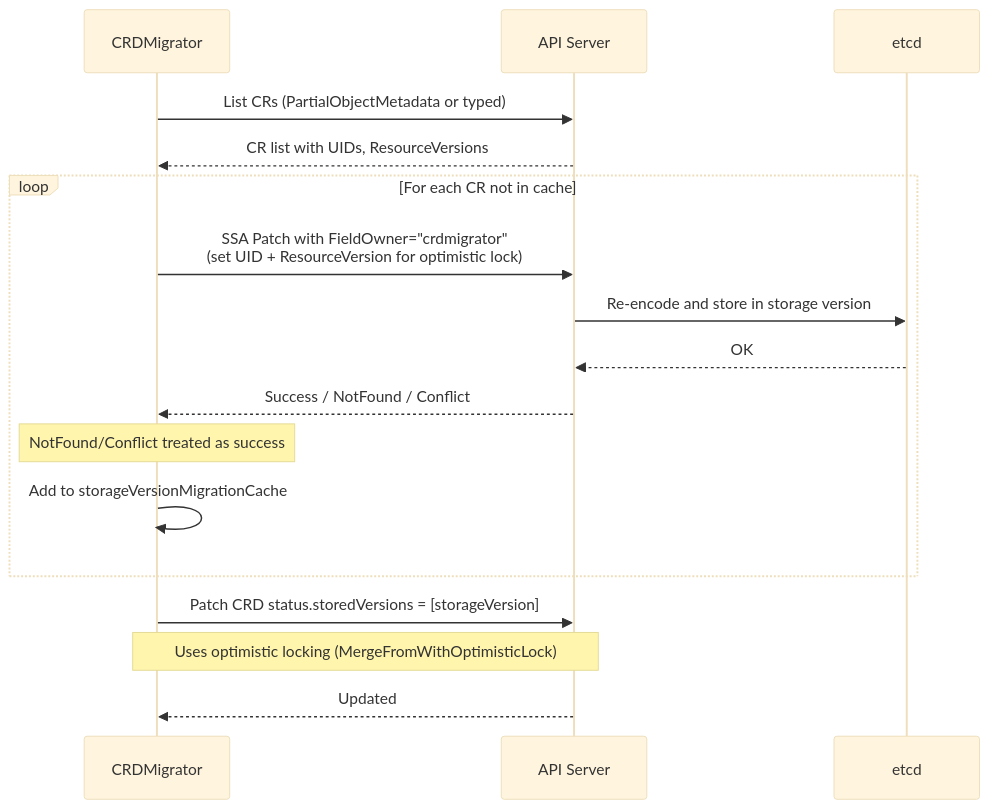
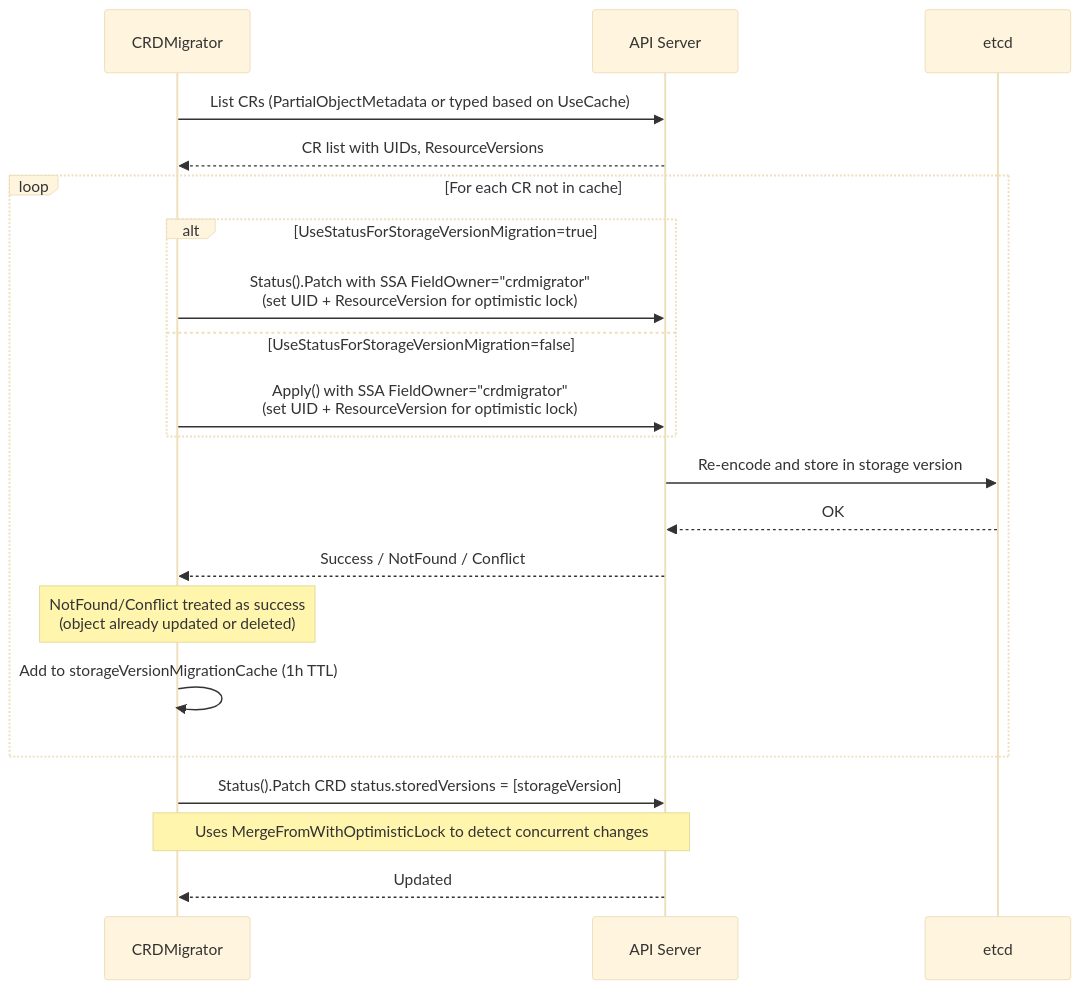
Before and after one commit to seanyen/cluster-api: the second of 5 diagrams in ai-gen/controllers/crdmigrator-controller.md, drawn with Mermaid (base theme). The commit also changed other lines of this file and 5 other files, not shown here.

````diff
--- a/ai-gen/controllers/crdmigrator-controller.md
+++ b/ai-gen/controllers/crdmigrator-controller.md
@@ -71,22 +77,26 @@
 ```mermaid
 sequenceDiagram
     participant Controller as CRDMigrator
     participant API as API Server
     participant Etcd as etcd
     
-    Controller->>API: List CRs (PartialObjectMetadata or typed)
+    Controller->>API: List CRs (PartialObjectMetadata or typed based on UseCache)
     API-->>Controller: CR list with UIDs, ResourceVersions
     
     loop For each CR not in cache
-        Controller->>API: SSA Patch with FieldOwner="crdmigrator"<br/>(set UID + ResourceVersion for optimistic lock)
+        alt UseStatusForStorageVersionMigration=true
+            Controller->>API: Status().Patch with SSA FieldOwner="crdmigrator"<br/>(set UID + ResourceVersion for optimistic lock)
+        else UseStatusForStorageVersionMigration=false
+            Controller->>API: Apply() with SSA FieldOwner="crdmigrator"<br/>(set UID + ResourceVersion for optimistic lock)
+        end
         API->>Etcd: Re-encode and store in storage version
         Etcd-->>API: OK
         API-->>Controller: Success / NotFound / Conflict
-        Note over Controller: NotFound/Conflict treated as success
-        Controller->>Controller: Add to storageVersionMigrationCache
+        Note over Controller: NotFound/Conflict treated as success<br/>(object already updated or deleted)
+        Controller->>Controller: Add to storageVersionMigrationCache (1h TTL)
     end
     
-    Controller->>API: Patch CRD status.storedVersions = [storageVersion]
-    Note over Controller,API: Uses optimistic locking (MergeFromWithOptimisticLock)
+    Controller->>API: Status().Patch CRD status.storedVersions = [storageVersion]
+    Note over Controller,API: Uses MergeFromWithOptimisticLock to detect concurrent changes
     API-->>Controller: Updated
 ```
````
